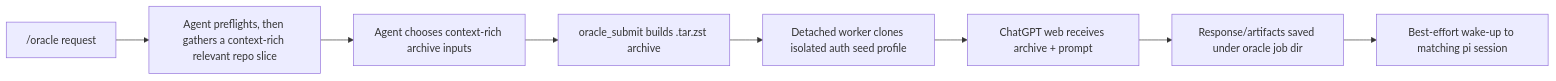
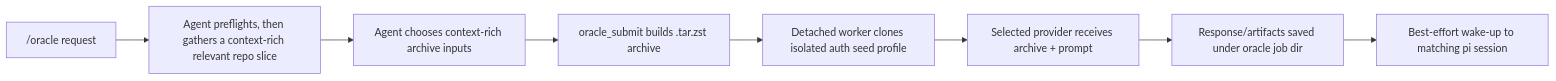
One commit to fitchmultz/pi-oracle changed the diagram in README.md. Above: the diagram before and after it, drawn with Mermaid. The commit also changed other lines of this file and 21 other files, not shown here.

````diff
--- a/README.md
+++ b/README.md
@@ -137,10 +137,10 @@
 ```mermaid
 flowchart LR
     A["/oracle request"] --> B["Agent preflights, then gathers a context-rich relevant repo slice"]
     B --> C["Agent chooses context-rich archive inputs"]
     C --> D["oracle_submit builds .tar.zst archive"]
     D --> E["Detached worker clones isolated auth seed profile"]
-    E --> F["ChatGPT web receives archive + prompt"]
+    E --> F["Selected provider receives archive + prompt"]
     F --> G["Response/artifacts saved under oracle job dir"]
     G --> H["Best-effort wake-up to matching pi session"]
 ```
````
